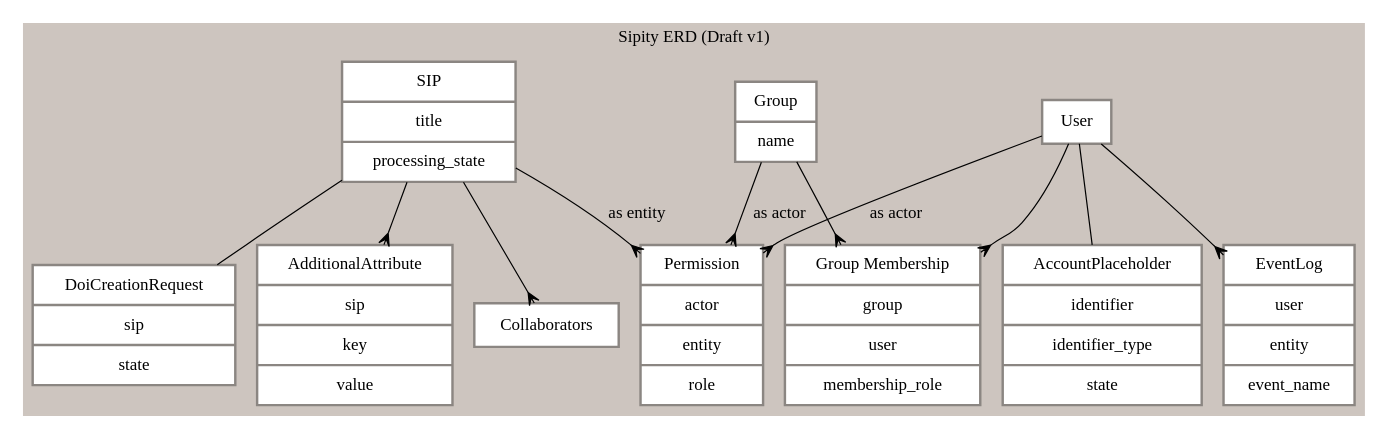
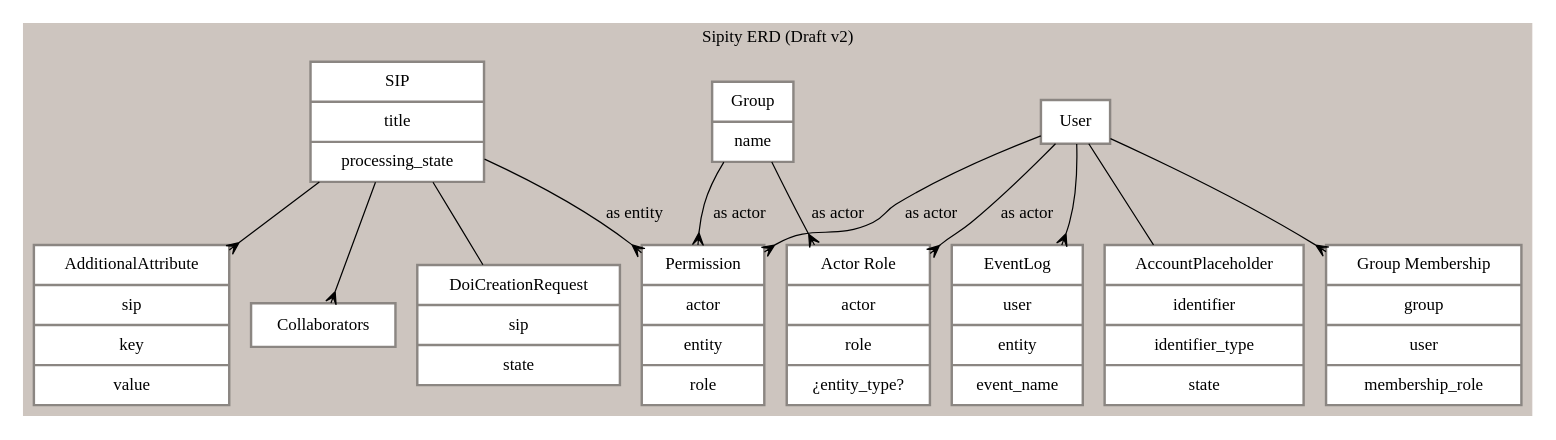
Before and after one commit to scholarworks/sipity: the diagram in artifacts/sipity-erd.dot, drawn with Graphviz.

Commit message:
Adding proposed actor_role table to ERD
[skip ci]

```diff
--- a/artifacts/sipity-erd.dot
+++ b/artifacts/sipity-erd.dot
@@ -1,36 +1,38 @@
 digraph "G" {
     compound=true;
     node[color="grey15" shape=record penwidth=2 margin="0.15, 0.125"];
 
     subgraph cluster_0 {
-        label="Sipity ERD (Draft v1)"
+        label="Sipity ERD (Draft v2)"
         color="seashell3"
         style="filled"
         node[style=filled fillcolor=white color="seashell4"]
         edge[arrowhead="crow"]
 
         user[label="{ User }"]
         group_entity[label="{ Group | name }"]
         group_membership[label="{ Group Membership | group | user | membership_role }"]
         sip[label="{ SIP | title | processing_state }"]
         event_log[label="{ EventLog | user | entity | event_name }"]
         permission[label="{ Permission | actor | entity | role }"]
         collaborators[label="{ Collaborators }"]
         account_placeholder[label="{ AccountPlaceholder | identifier | identifier_type | state }"]
         doi_creation_request[label="{ DoiCreationRequest | sip | state }"]
         additional_attributes[label="{ AdditionalAttribute | sip | key | value }"]
+        actor_role[label="{ Actor Role | actor | role | ¿entity_type? }"]
 
         user -> group_membership
-        group_entity -> group_membership
+        group_entity -> actor_role[label="as actor"]
+        user -> actor_role[label="as actor"]
 
         user -> permission[label="as actor"]
         group_entity -> permission[label="as actor"]
         sip -> permission[label="as entity"]
         user -> event_log
         sip -> collaborators
         sip -> additional_attributes
         sip -> doi_creation_request[arrowhead=none]
         user -> account_placeholder[arrowhead=none]
     }
 
 }
```
